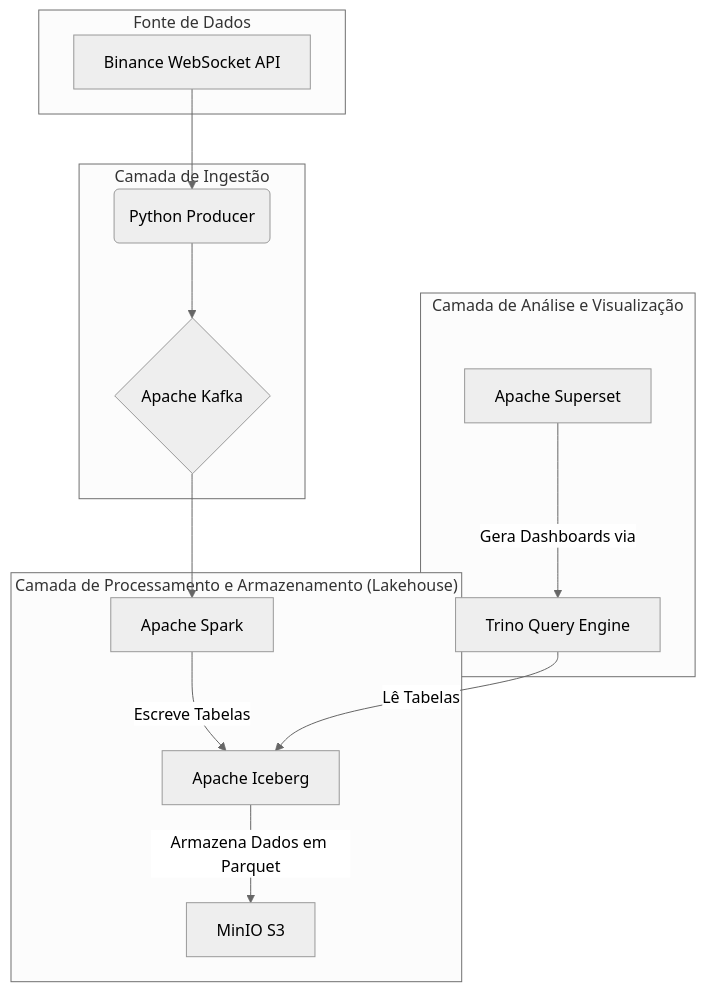
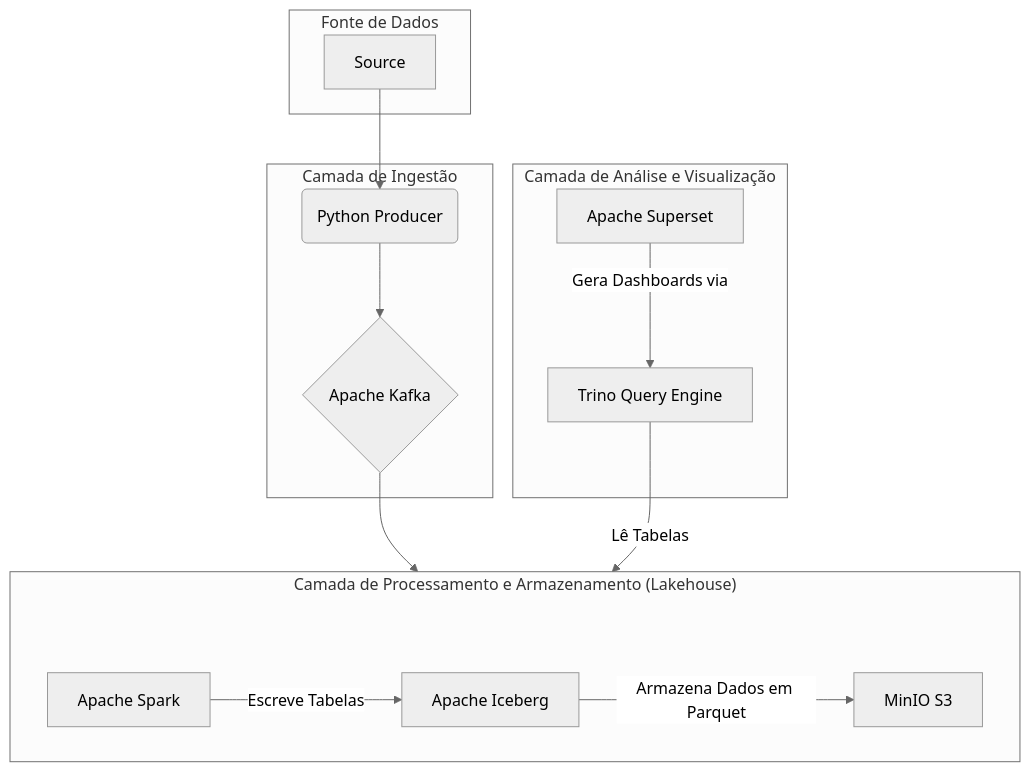
The diagram in README.md (BrenoLD94/k8s-lakehouse-pipeline), drawn with Mermaid (neutral theme) before and after one commit. The commit also changed other lines of this file, not shown here.

Commit message:
feat(repo): update readme file

````diff
--- a/README.md
+++ b/README.md
@@ -17,28 +17,35 @@
 ```mermaid
 graph TD
     subgraph "Fonte de Dados"
-        A[Binance WebSocket API]
+        A[Source]
     end
 
     subgraph "Camada de Ingestão"
         B(Python Producer) --> C{Apache Kafka};
     end
 
     subgraph "Camada de Processamento e Armazenamento (Lakehouse)"
+        %% Nó invisível para criar espaço para o título %%
+        direction LR
+        subgraph ESPACO [ ]
+            direction TB
+        end
+        style ESPACO fill:none,stroke:none
+
         D[Apache Spark];
         E[Apache Iceberg];
         F[MinIO S3];
         C --> D;
         D -- Escreve Tabelas --> E;
         E -- Armazena Dados em Parquet --> F;
     end
 
     subgraph "Camada de Análise e Visualização"
         G[Trino Query Engine];
         H[Apache Superset];
         G -- Lê Tabelas --> E;
         H -- Gera Dashboards via --> G;
     end
 
     A --> B;
 ```
````
